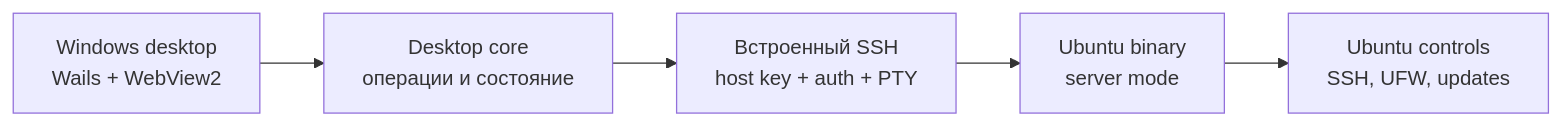
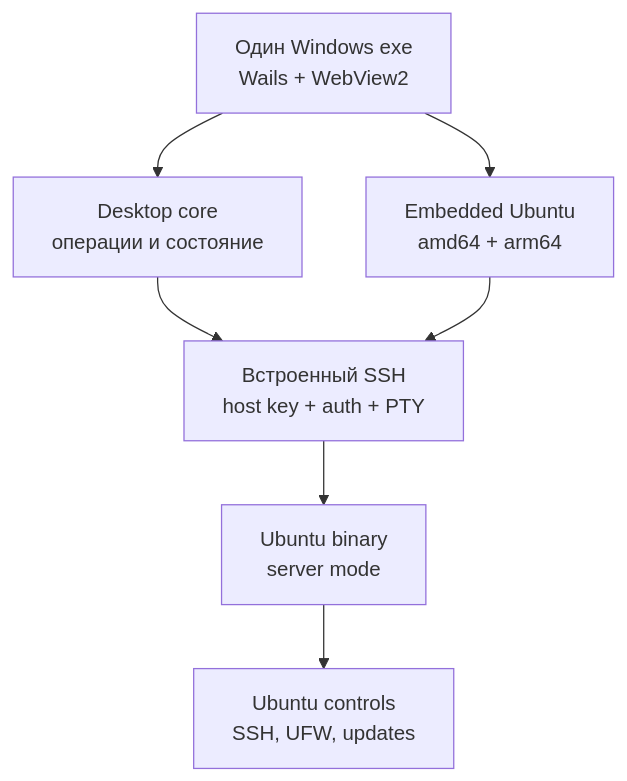
The first of 3 diagrams in docs/ARCHITECTURE.md (v1waa/bastionctl-vi), drawn with Mermaid before and after one commit. The commit also changed other lines of this file and 25 other files, not shown here.

````diff
--- a/docs/ARCHITECTURE.md
+++ b/docs/ARCHITECTURE.md
@@ -7,7 +7,9 @@
 ```mermaid
-flowchart LR
-    UI["Windows desktop\nWails + WebView2"] --> CORE["Desktop core\nоперации и состояние"]
+flowchart TD
+    UI["Один Windows exe\nWails + WebView2"] --> CORE["Desktop core\nоперации и состояние"]
+    UI --> PAYLOAD["Embedded Ubuntu\namd64 + arm64"]
     CORE --> SSH["Встроенный SSH\nhost key + auth + PTY"]
+    PAYLOAD --> SSH
     SSH --> CLI["Ubuntu binary\nserver mode"]
     CLI --> OS["Ubuntu controls\nSSH, UFW, updates"]
 ```
````
